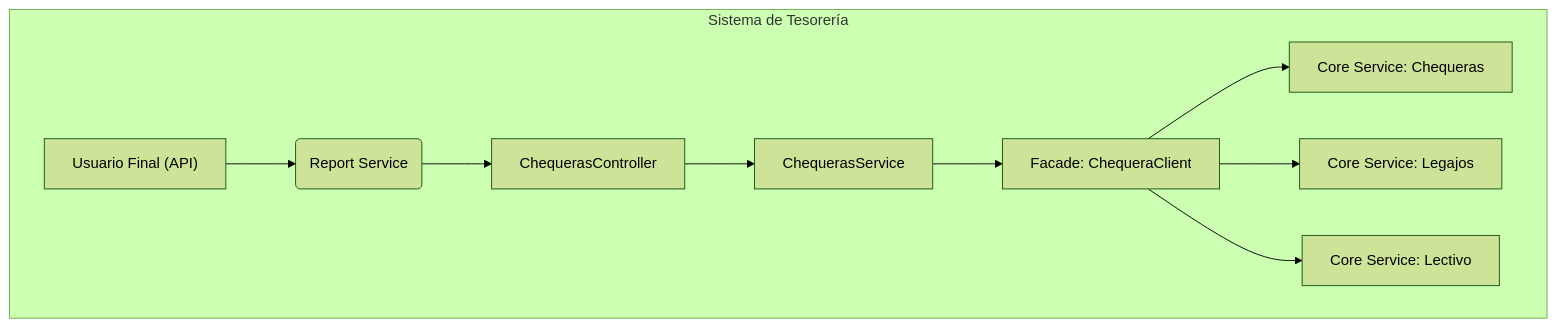
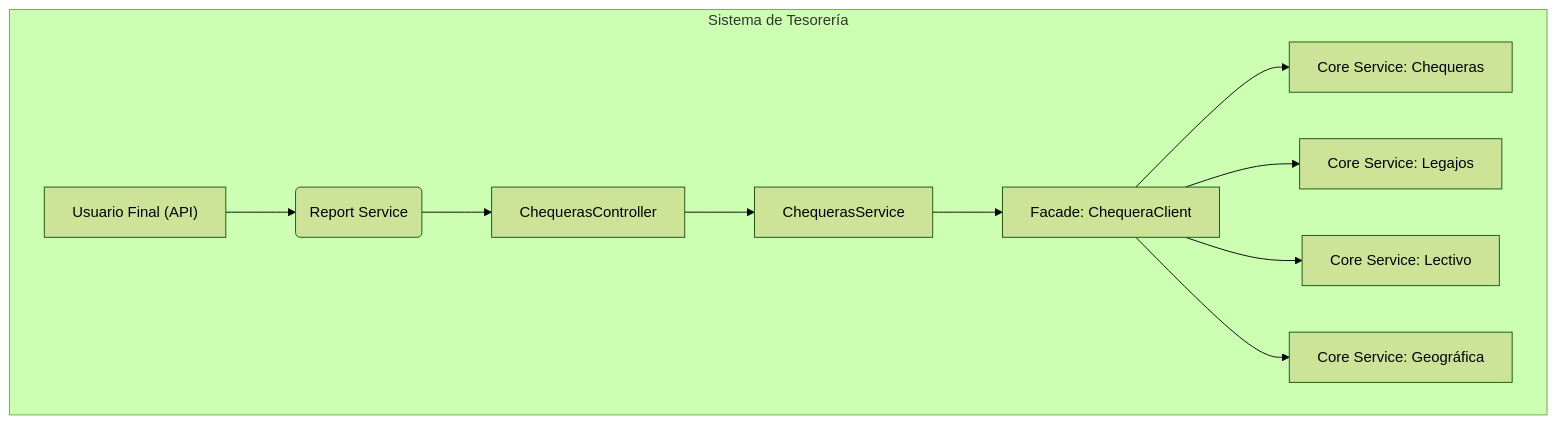
The diagram in docs/diagrams/arquitectura-general.mmd (UM-services/UM.tesoreria.report-service), drawn with Mermaid (forest theme) before and after one commit. The commit also changed 4 other files, not shown here.

````diff
--- a/docs/diagrams/arquitectura-general.mmd
+++ b/docs/diagrams/arquitectura-general.mmd
@@ -1,12 +1,13 @@
 ```mermaid
 graph TD
     subgraph "Sistema de Tesorería"
         A["Usuario Final (API)"] --> B("Report Service");
         B --> C["ChequerasController"];
         C --> D["ChequerasService"];
         D --> E["Facade: ChequeraClient"];
         E --> F["Core Service: Chequeras"];
         E --> G["Core Service: Legajos"];
         E --> H["Core Service: Lectivo"];
+        E --> I["Core Service: Geográfica"];
     end
 ```
````
